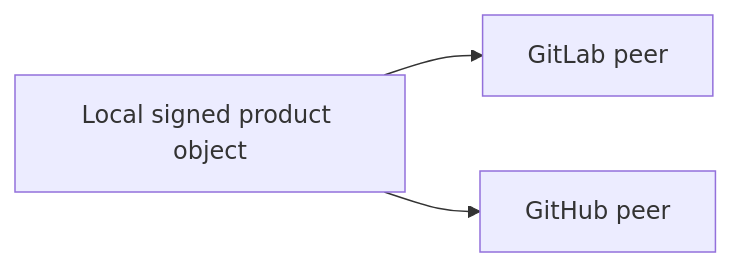
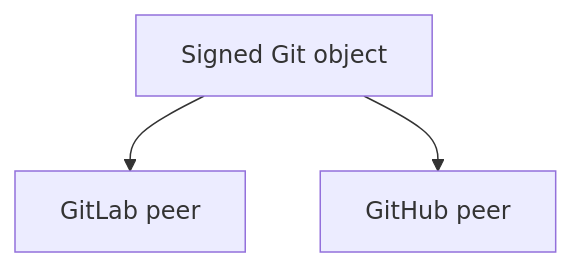
One commit to HengYangDS/aigw-cli changed the diagram in docs/operations/forge-operations.md. Above: the diagram before and after it, drawn with Mermaid. The commit also changed 7 other files, not shown here.

Commit message:
docs: simplify diagrams and preserve narrow-screen readability

````diff
--- a/docs/operations/forge-operations.md
+++ b/docs/operations/forge-operations.md
@@ -5,7 +5,7 @@
 ```mermaid
-flowchart LR
+flowchart TB
     accTitle: Independent publication from one signed product identity
     accDescr: Local Git constructs the product object once. Each selected Forge receives that same object independently; neither peer authorizes the other.
-    Local[Local signed product object] --> GitLab[GitLab peer]
+    Local["Signed Git object"] --> GitLab[GitLab peer]
     Local --> GitHub[GitHub peer]
 ```
````
